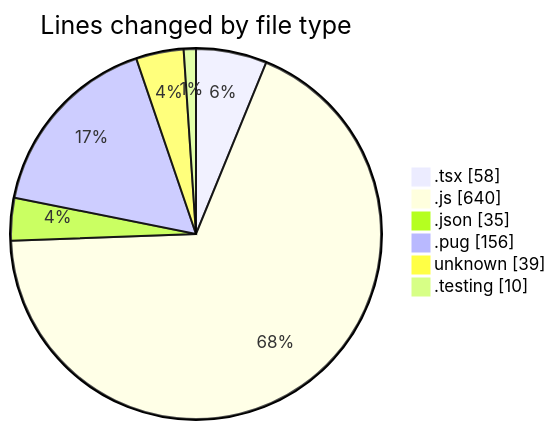
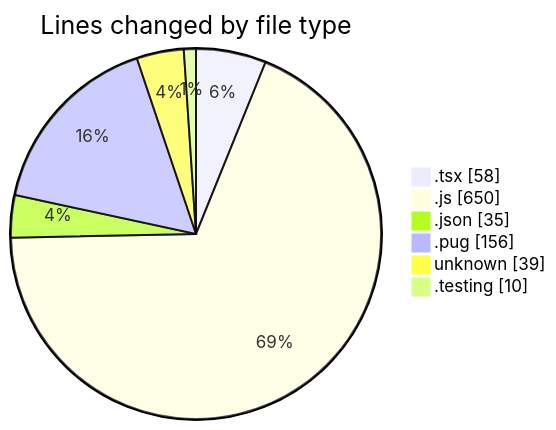
Before and after one commit to momahboobian/code-tracking: the first of 2 diagrams in 2025-03-07/cda/README.md, drawn with Mermaid. The commit also changed other lines of this file and 1 other file, not shown here.

````diff
--- a/2025-03-07/cda/README.md
+++ b/2025-03-07/cda/README.md
@@ -27,10 +27,10 @@
 ```mermaid
 pie showData
 title Lines changed by file type
 ".tsx" : 58
-".js" : 640
+".js" : 650
 ".json" : 35
 ".pug" : 156
 "unknown" : 39
 ".testing" : 10
 ```
````
